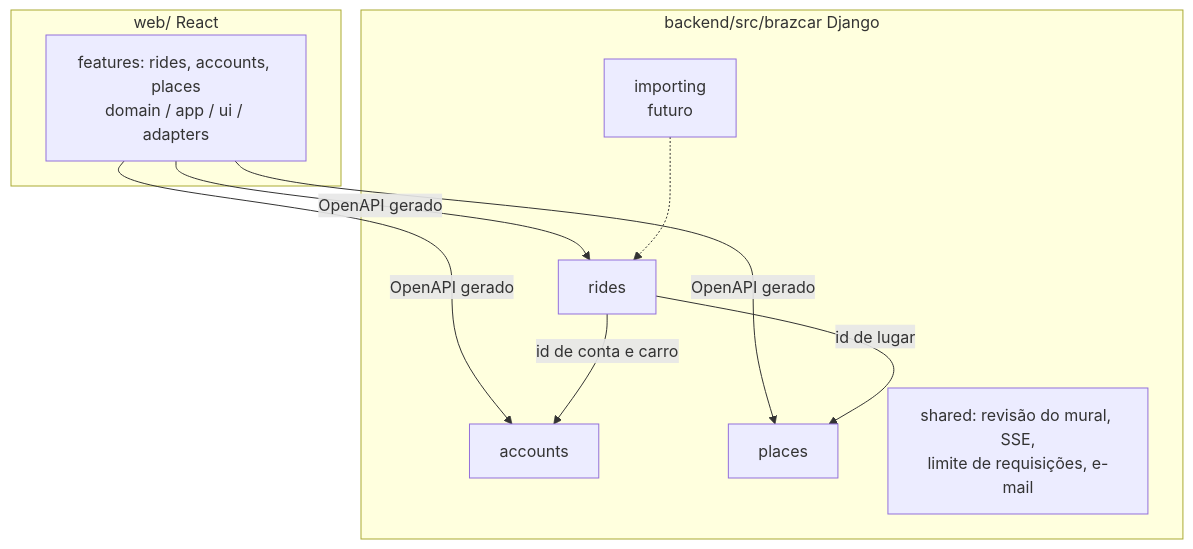
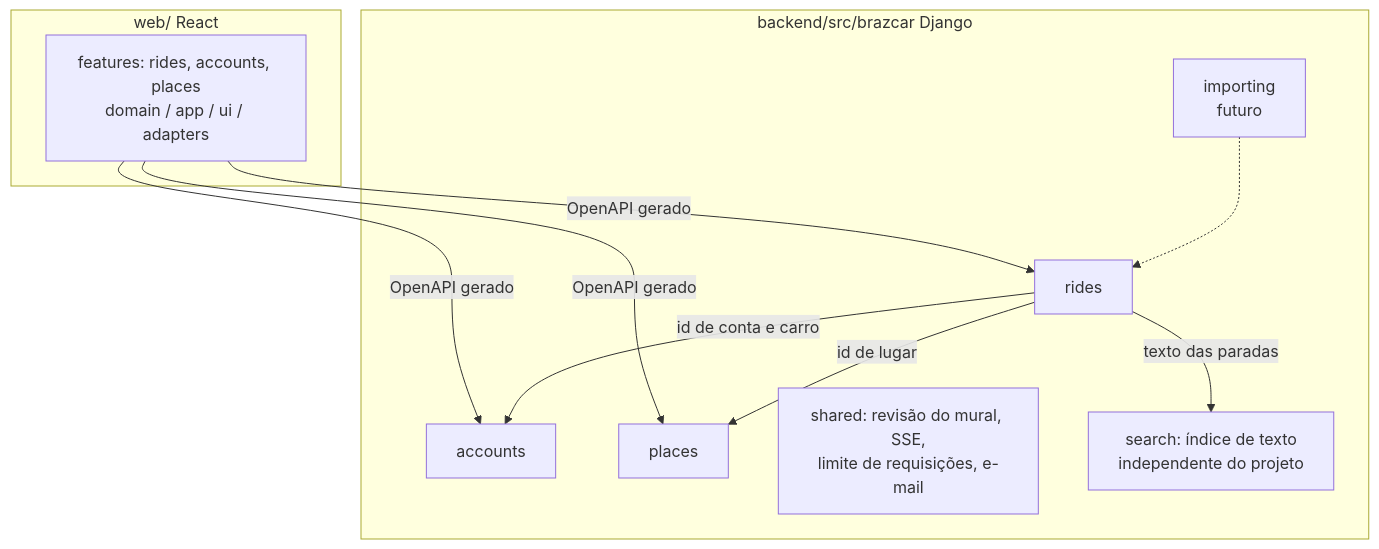
Before and after one commit to edududs/BrazCar: the second of 2 diagrams in docs/architecture.md, drawn with Mermaid. The commit also changed other lines of this file and 18 other files, not shown here.

````diff
--- a/docs/architecture.md
+++ b/docs/architecture.md
@@ -23,17 +23,19 @@
 ```mermaid
 flowchart TB
     subgraph web [web/ React]
         F[features: rides, accounts, places<br/>domain / app / ui / adapters]
     end
     subgraph src [backend/src/brazcar Django]
         R[rides]
         AC[accounts]
         PL[places]
         SH[shared: revisão do mural, SSE,<br/>limite de requisições, e-mail]
+        SE[search: índice de texto<br/>independente do projeto]
         IM[importing<br/>futuro]
     end
     F -->|OpenAPI gerado| R & AC & PL
     R -->|id de lugar| PL
     R -->|id de conta e carro| AC
+    R -->|texto das paradas| SE
     IM -.-> R
 ```
````
